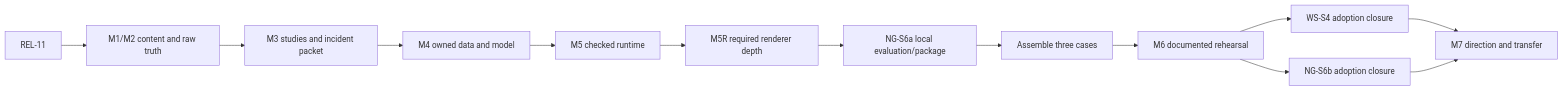
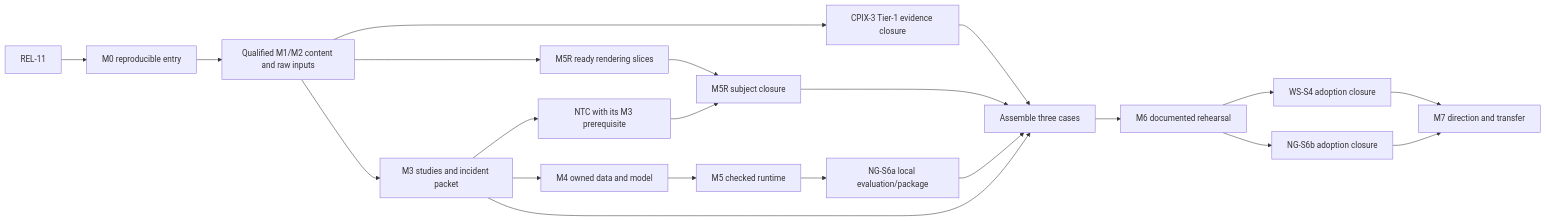
Before and after one commit to LisowskiPawel/SparkleEngine: the second of 2 diagrams in Docs/Strategy/Roadmap.md, drawn with Mermaid. The commit also changed other lines of this file and 466 other files, not shown here.

````diff
--- a/Docs/Strategy/Roadmap.md
+++ b/Docs/Strategy/Roadmap.md
@@ -148,15 +156,23 @@
 ```mermaid
 flowchart LR
-    Release[REL-11] --> Content[M1/M2 content and raw truth]
+    Release[REL-11] --> Entry[M0 reproducible entry]
+    Entry --> Content[Qualified M1/M2 content and raw inputs]
+    Content --> ContentClose[CPIX-3 Tier-1 evidence closure]
+    Content --> Rendering[M5R ready rendering slices]
     Content --> Classical[M3 studies and incident packet]
+    Rendering --> Depth[M5R subject closure]
+    Classical --> Ntc[NTC with its M3 prerequisite]
+    Ntc --> Depth
     Classical --> Data[M4 owned data and model]
     Data --> Kernels[M5 checked runtime]
-    Kernels --> Depth[M5R required renderer depth]
-    Depth --> Evaluation[NG-S6a local evaluation/package]
+    Kernels --> Evaluation[NG-S6a local evaluation/package]
     Evaluation --> Cases[Assemble three cases]
+    ContentClose --> Cases
+    Depth --> Cases
+    Classical --> Cases
     Cases --> Reproduce[M6 documented rehearsal]
     Reproduce --> StudyClose[WS-S4 adoption closure]
     Reproduce --> NeuralClose[NG-S6b adoption closure]
     StudyClose --> Transfer[M7 direction and transfer]
     NeuralClose --> Transfer
 ```
````
